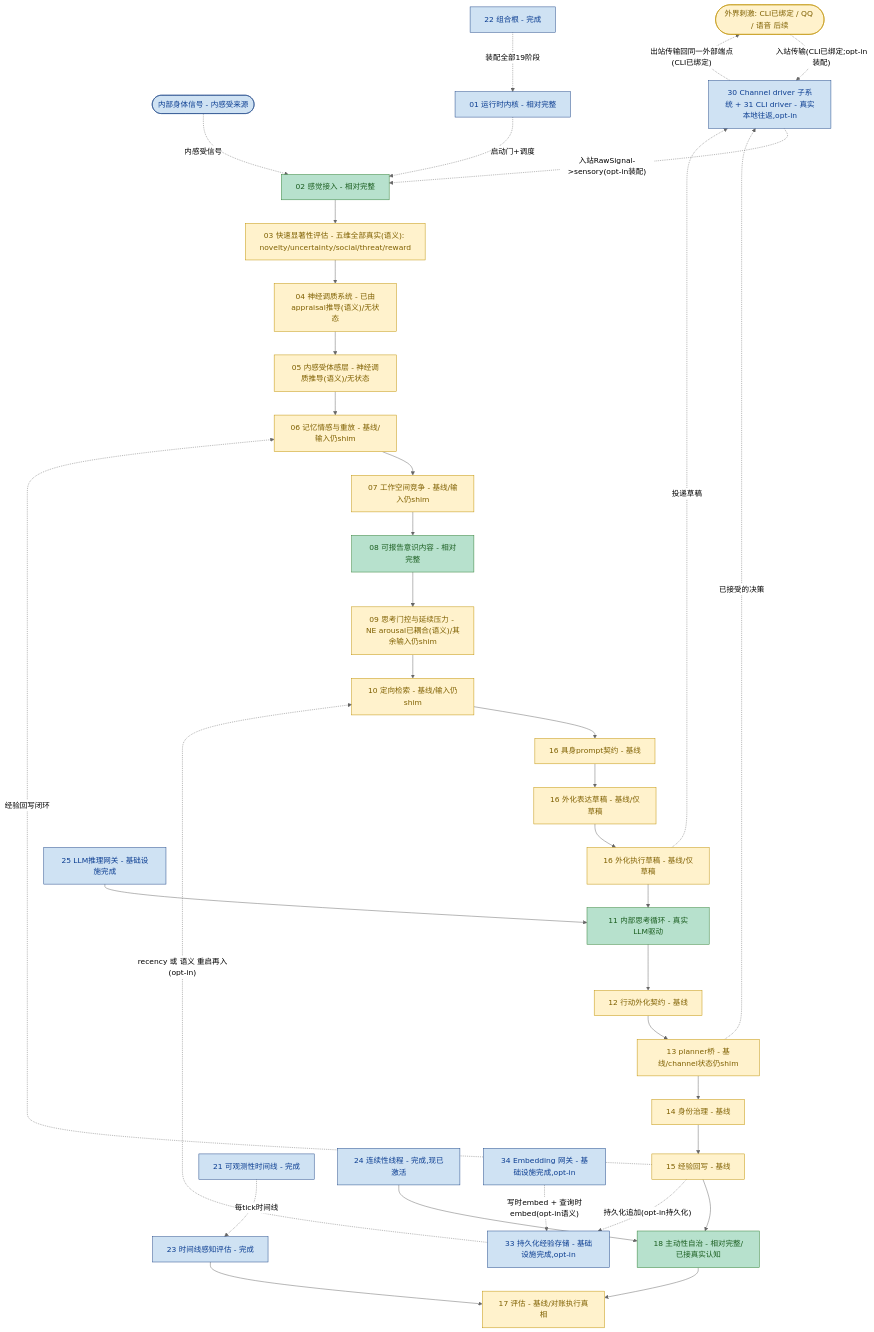
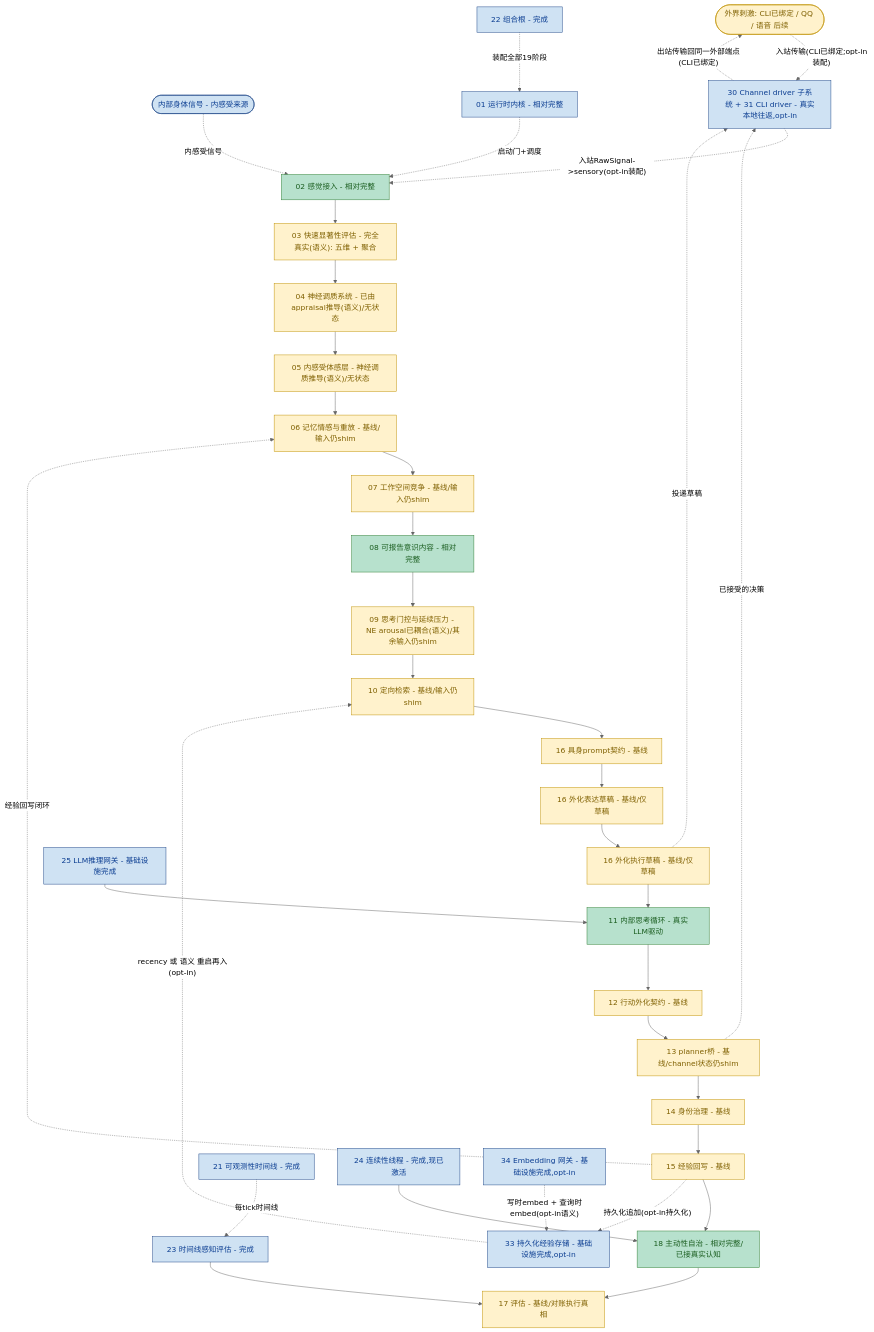
The diagram in helios_v2/docs/PROGRESS_FLOW.zh-CN.md (embalmer-Y/helios), drawn with Mermaid (neutral theme) before and after one commit. The commit also changed other lines of this file and 14 other files, not shown here.

````diff
--- a/helios_v2/docs/PROGRESS_FLOW.zh-CN.md
+++ b/helios_v2/docs/PROGRESS_FLOW.zh-CN.md
@@ -30,60 +30,60 @@
 ```mermaid
 flowchart TD
     classDef deep fill:#b7e1cd,stroke:#2e7d32,color:#1b5e20
     classDef base fill:#fff2cc,stroke:#bf9000,color:#7f6000
     classDef infra fill:#cfe2f3,stroke:#1c4587,color:#0b3d91
     classDef gap fill:#f4cccc,stroke:#990000,color:#660000,stroke-dasharray: 5 5
 
     EXT([外界刺激: CLI已绑定 / QQ / 语音 后续]):::base
     BODY([内部身体信号 - 内感受来源]):::infra
     S02[02 感觉接入 - 相对完整]:::deep
-    S03["03 快速显著性评估 - 五维全部真实(语义): novelty/uncertainty/social/threat/reward"]:::base
+    S03["03 快速显著性评估 - 完全真实(语义): 五维 + 聚合"]:::base
     S04["04 神经调质系统 - 已由appraisal推导(语义)/无状态"]:::base
     S05["05 内感受体感层 - 神经调质推导(语义)/无状态"]:::base
     S06[06 记忆情感与重放 - 基线/输入仍shim]:::base
     S07[07 工作空间竞争 - 基线/输入仍shim]:::base
     S08[08 可报告意识内容 - 相对完整]:::deep
     S09["09 思考门控与延续压力 - NE arousal已耦合(语义)/其余输入仍shim"]:::base
     S10[10 定向检索 - 基线/输入仍shim]:::base
     S16P[16 具身prompt契约 - 基线]:::base
     S16O[16 外化表达草稿 - 基线/仅草稿]:::base
     S16E[16 外化执行草稿 - 基线/仅草稿]:::base
     S11[11 内部思考循环 - 真实LLM驱动]:::deep
     S12[12 行动外化契约 - 基线]:::base
     S13[13 planner桥 - 基线/channel状态仍shim]:::base
     S14[14 身份治理 - 基线]:::base
     S15[15 经验回写 - 基线]:::base
     S18[18 主动性自治 - 相对完整/已接真实认知]:::deep
     S17[17 评估 - 基线/对账执行真相]:::base
     CH["30 Channel driver 子系统 + 31 CLI driver - 真实本地往返,opt-in"]:::infra
 
     S02 --> S03 --> S04 --> S05 --> S06 --> S07 --> S08 --> S09 --> S10
     S10 --> S16P --> S16O --> S16E --> S11
     S11 --> S12 --> S13 --> S14 --> S15 --> S18 --> S17
     EXT -. 入站传输(CLI已绑定;opt-in装配) .-> CH
     BODY -. 内感受信号 .-> S02
     S13 -. 已接受的决策 .-> CH
     S16E -. 投递草稿 .-> CH
     CH -. 入站RawSignal->sensory(opt-in装配) .-> S02
     CH -. 出站传输回同一外部端点(CLI已绑定) .-> EXT
     S15 -. 经验回写闭环 .-> S06
 
     LLM[25 LLM推理网关 - 基础设施完成]:::infra
     LLM --> S11
 
     K01[01 运行时内核 - 相对完整]:::infra
     OBS[21 可观测性时间线 - 完成]:::infra
     COMP[22 组合根 - 完成]:::infra
     EV23[23 时间线感知评估 - 完成]:::infra
     TH24[24 连续性线程 - 完成,现已激活]:::infra
     PER[33 持久化经验存储 - 基础设施完成,opt-in]:::infra
     EMB[34 Embedding 网关 - 基础设施完成,opt-in]:::infra
     K01 -. 启动门+调度 .-> S02
     OBS -. 每tick时间线 .-> EV23
     EV23 --> S17
     TH24 --> S18
     COMP -. 装配全部19阶段 .-> K01
     S15 -. 持久化追加(opt-in持久化) .-> PER
     PER -. recency 或 语义 重启再入(opt-in) .-> S10
     EMB -. 写时embed + 查询时embed(opt-in语义) .-> PER
 ```
````
